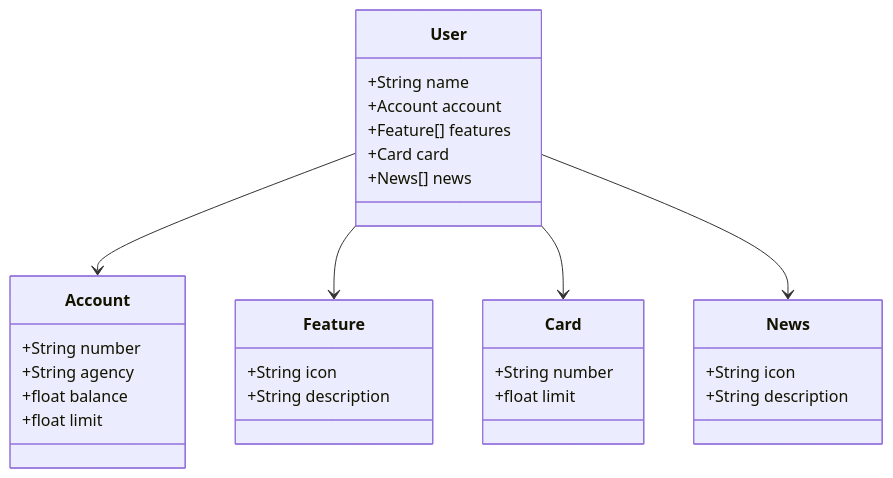
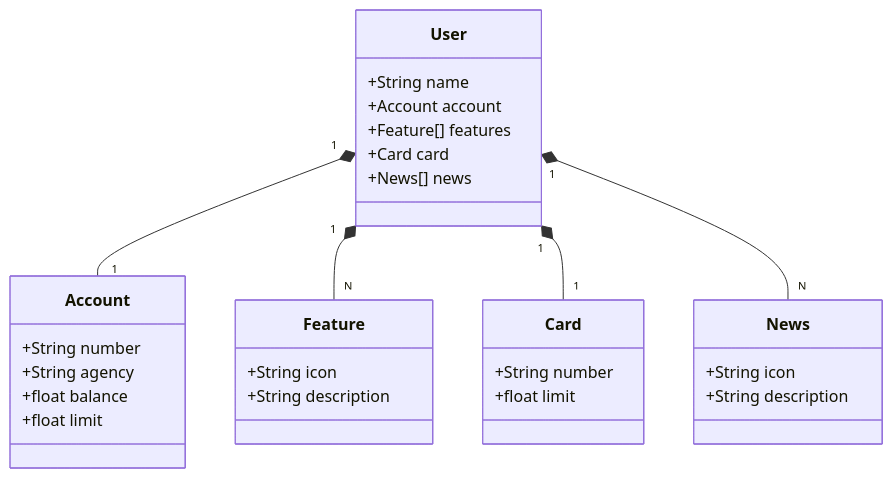
One commit to RaposoRenan/dio-trilha-java changed the diagram in santander-bootcamp-2024/README.md. Above: the diagram before and after it, drawn with Mermaid.

````diff
--- a/santander-bootcamp-2024/README.md
+++ b/santander-bootcamp-2024/README.md
@@ -3,38 +3,38 @@
 ```mermaid
 
 classDiagram
     class User {
         +String name
         +Account account
         +Feature[] features
         +Card card
         +News[] news
     }
 
     class Account {
         +String number
         +String agency
         +float balance
         +float limit
     }
 
     class Feature {
         +String icon
         +String description
     }
 
     class Card {
         +String number
         +float limit
     }
 
     class News {
         +String icon
         +String description
     }
 
-    User --> Account
-    User --> Feature
-    User --> Card
-    User --> News
+    User "1" *-- "1" Account
+    User "1" *-- "N" Feature
+    User "1" *-- "1" Card
+    User "1" *-- "N" News
 ```
````
